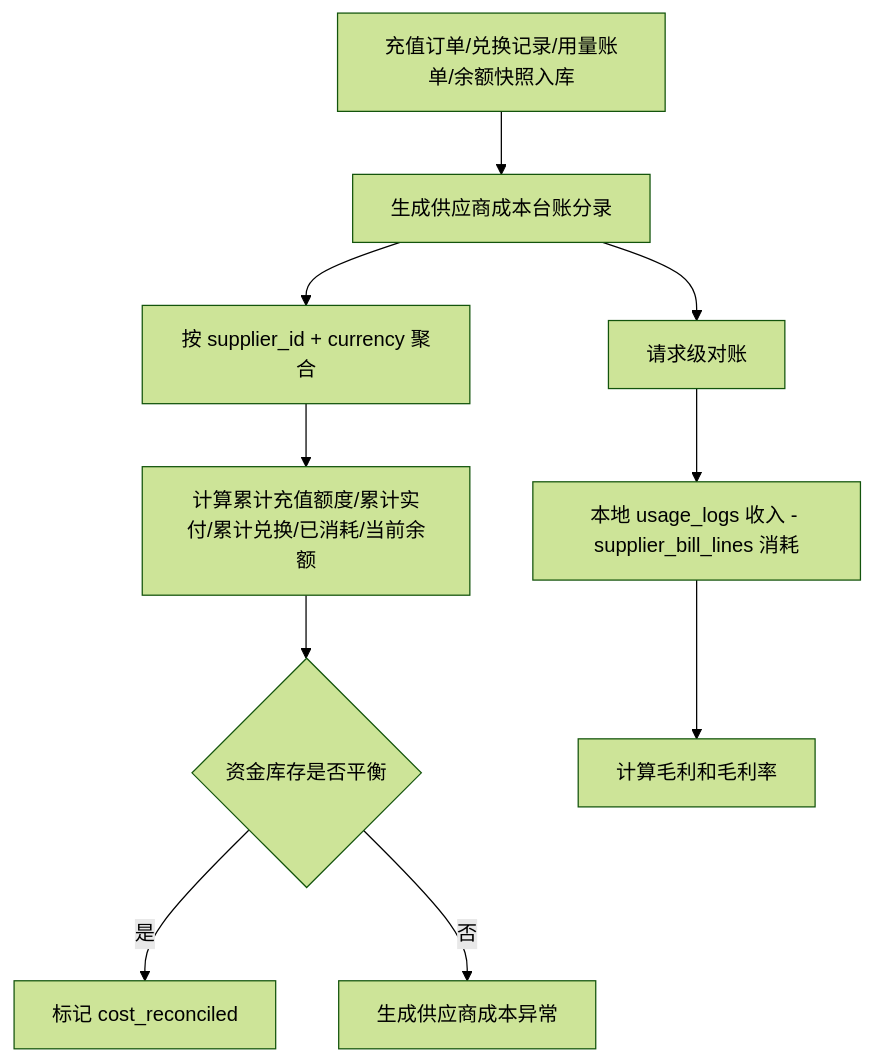
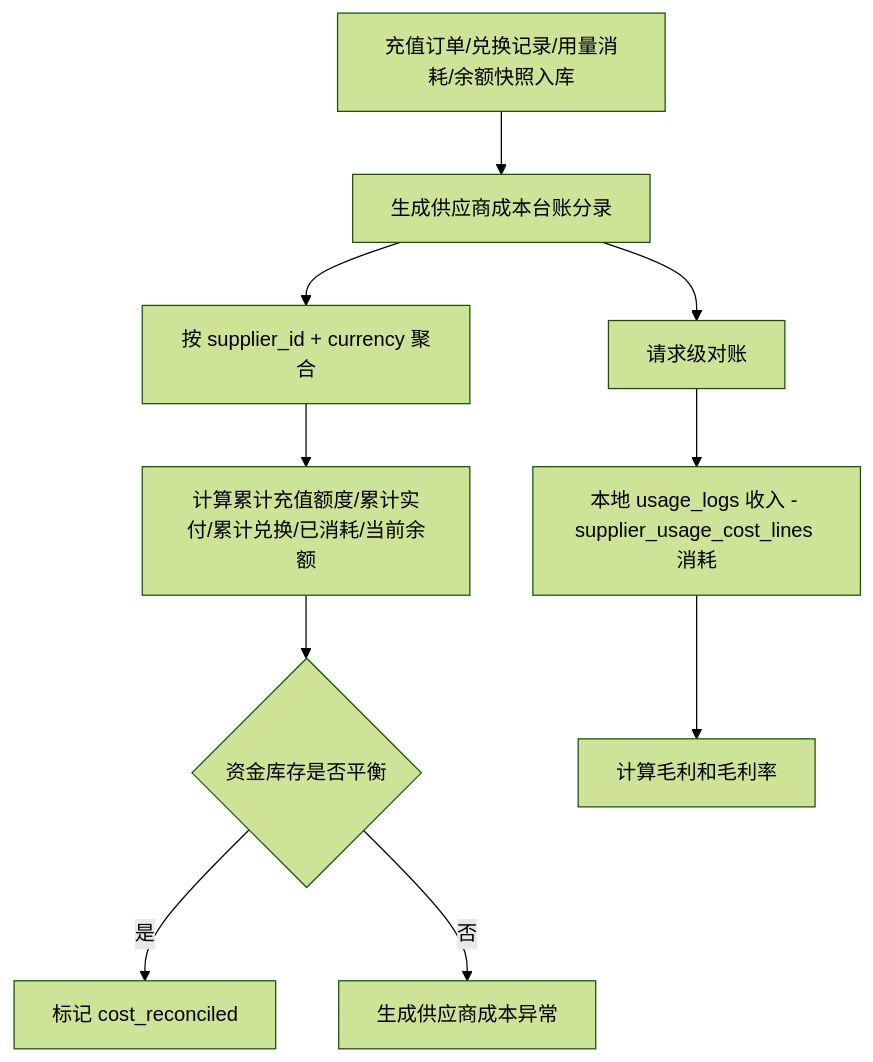
Diagram 18 of 20 in docs/roadmap/accounts/README.md (openrelayllm/superllm), drawn with Mermaid (forest theme) before and after one commit. The commit also changed other lines of this file and 147 other files, not shown here.

````diff
--- a/docs/roadmap/accounts/README.md
+++ b/docs/roadmap/accounts/README.md
@@ -642,12 +665,12 @@
 ```mermaid
 flowchart TD
-  A[充值订单/兑换记录/用量账单/余额快照入库] --> B[生成供应商成本台账分录]
+  A[充值订单/兑换记录/用量消耗/余额快照入库] --> B[生成供应商成本台账分录]
   B --> C[按 supplier_id + currency 聚合]
   C --> D[计算累计充值额度/累计实付/累计兑换/已消耗/当前余额]
   D --> E{资金库存是否平衡}
   E -- 是 --> F[标记 cost_reconciled]
   E -- 否 --> G[生成供应商成本异常]
   B --> H[请求级对账]
-  H --> I[本地 usage_logs 收入 - supplier_bill_lines 消耗]
+  H --> I[本地 usage_logs 收入 - supplier_usage_cost_lines 消耗]
   I --> J[计算毛利和毛利率]
 ```
````
